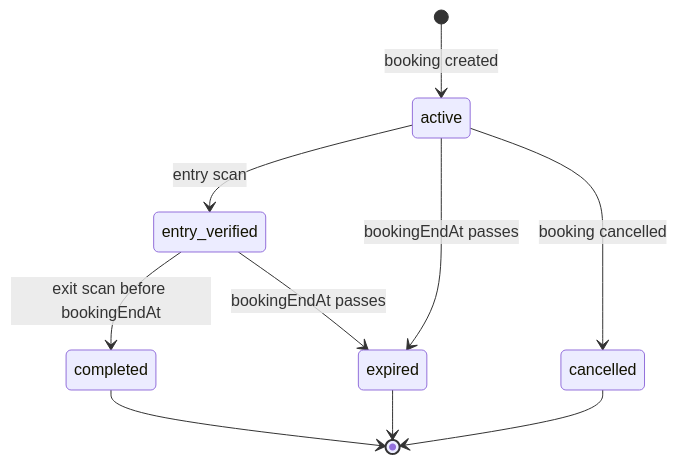
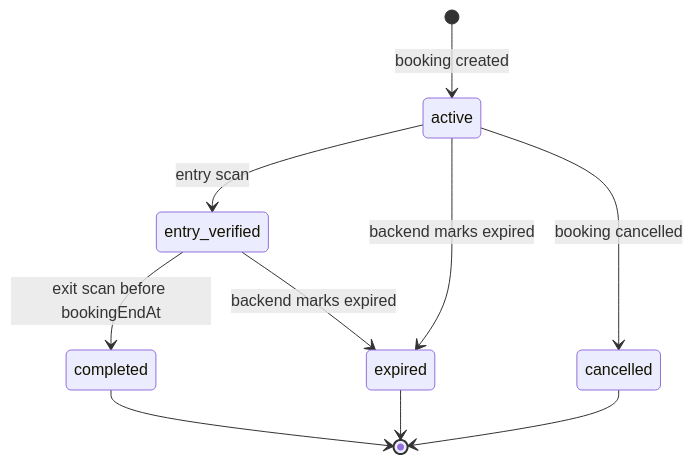
Before and after one commit to snehil-pandey/smart-parking-occupancy-system: the tenth of 15 diagrams in docs/ARCHITECTURE.md, drawn with Mermaid. The commit also changed 11 other files, not shown here.

````diff
--- a/docs/ARCHITECTURE.md
+++ b/docs/ARCHITECTURE.md
@@ -192,12 +192,12 @@
 ```mermaid
 stateDiagram-v2
   [*] --> active: booking created
   active --> entry_verified: entry scan
   entry_verified --> completed: exit scan before bookingEndAt
-  active --> expired: bookingEndAt passes
-  entry_verified --> expired: bookingEndAt passes
+  active --> expired: backend marks expired
+  entry_verified --> expired: backend marks expired
   active --> cancelled: booking cancelled
   completed --> [*]
   expired --> [*]
   cancelled --> [*]
 ```
````
